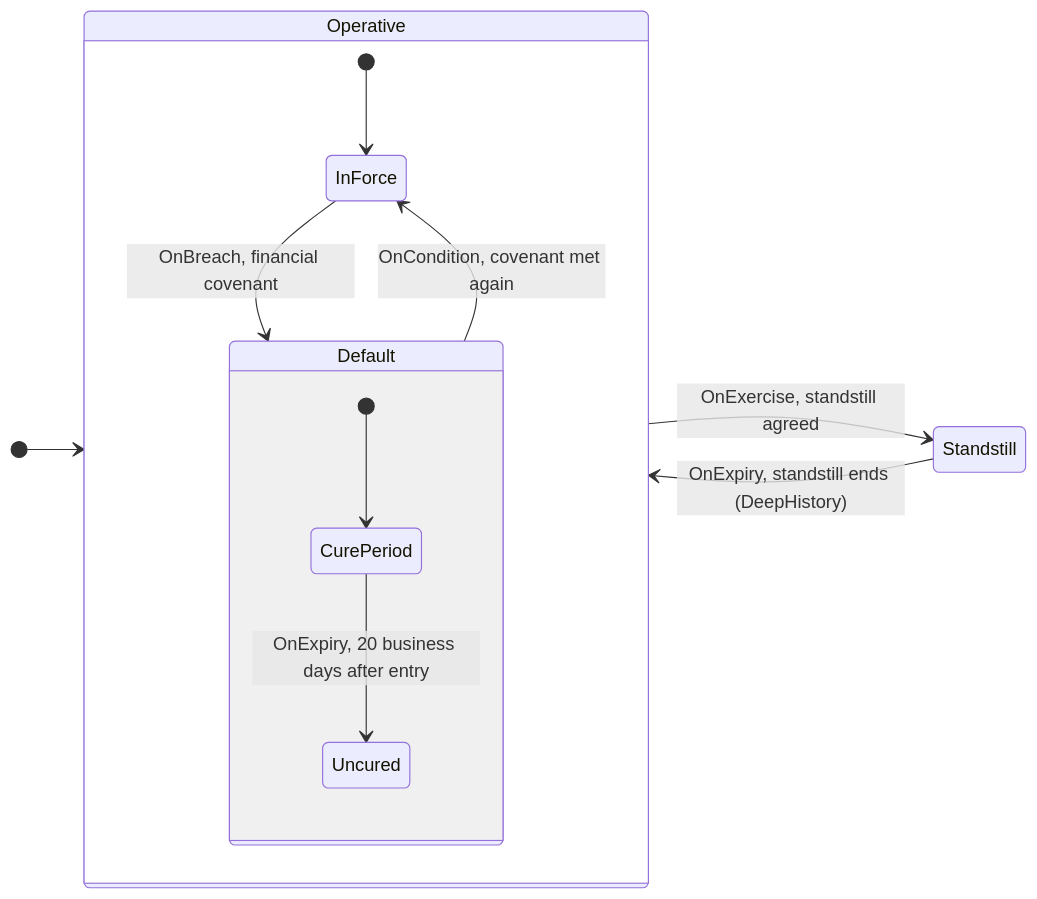
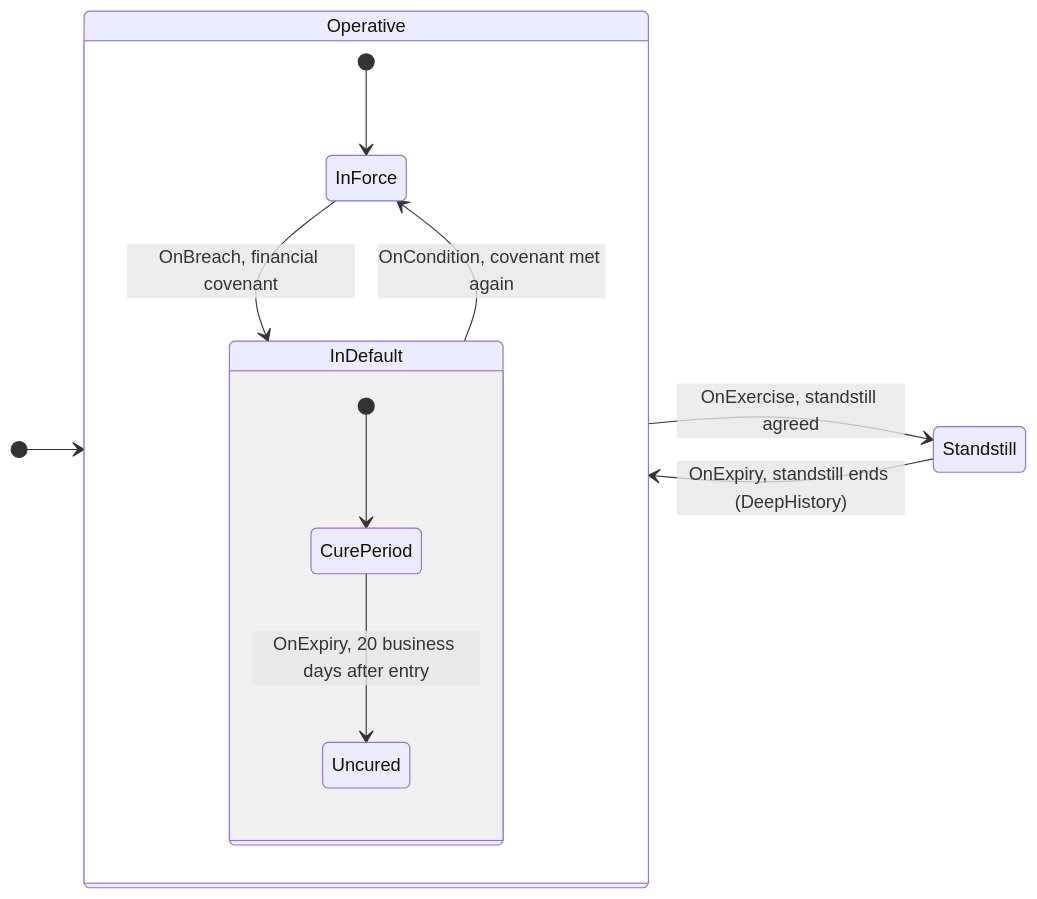
Before and after one commit to nebularis/lattice: the fifth of 7 diagrams in docs/developer/sketches/nested-states-and-history.md, drawn with Mermaid. The commit also changed other lines of this file and 18 other files, not shown here.

````diff
--- a/docs/developer/sketches/nested-states-and-history.md
+++ b/docs/developer/sketches/nested-states-and-history.md
@@ -380,16 +382,16 @@
 ```mermaid
 stateDiagram-v2
     direction LR
     [*] --> Operative
     state Operative {
         [*] --> InForce
-        InForce --> Default : OnBreach, financial covenant
-        state Default {
+        InForce --> InDefault : OnBreach, financial covenant
+        state InDefault {
             [*] --> CurePeriod
             CurePeriod --> Uncured : OnExpiry, 20 business days after entry
         }
-        Default --> InForce : OnCondition, covenant met again
+        InDefault --> InForce : OnCondition, covenant met again
     }
     Operative --> Standstill : OnExercise, standstill agreed
     Standstill --> Operative : OnExpiry, standstill ends (DeepHistory)
 ```
````
